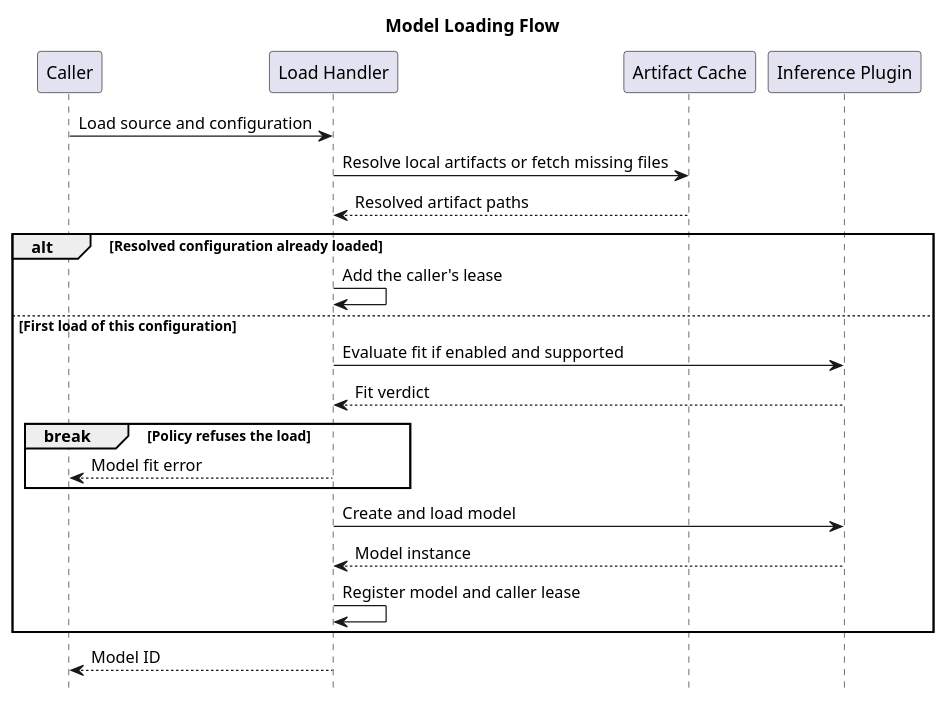
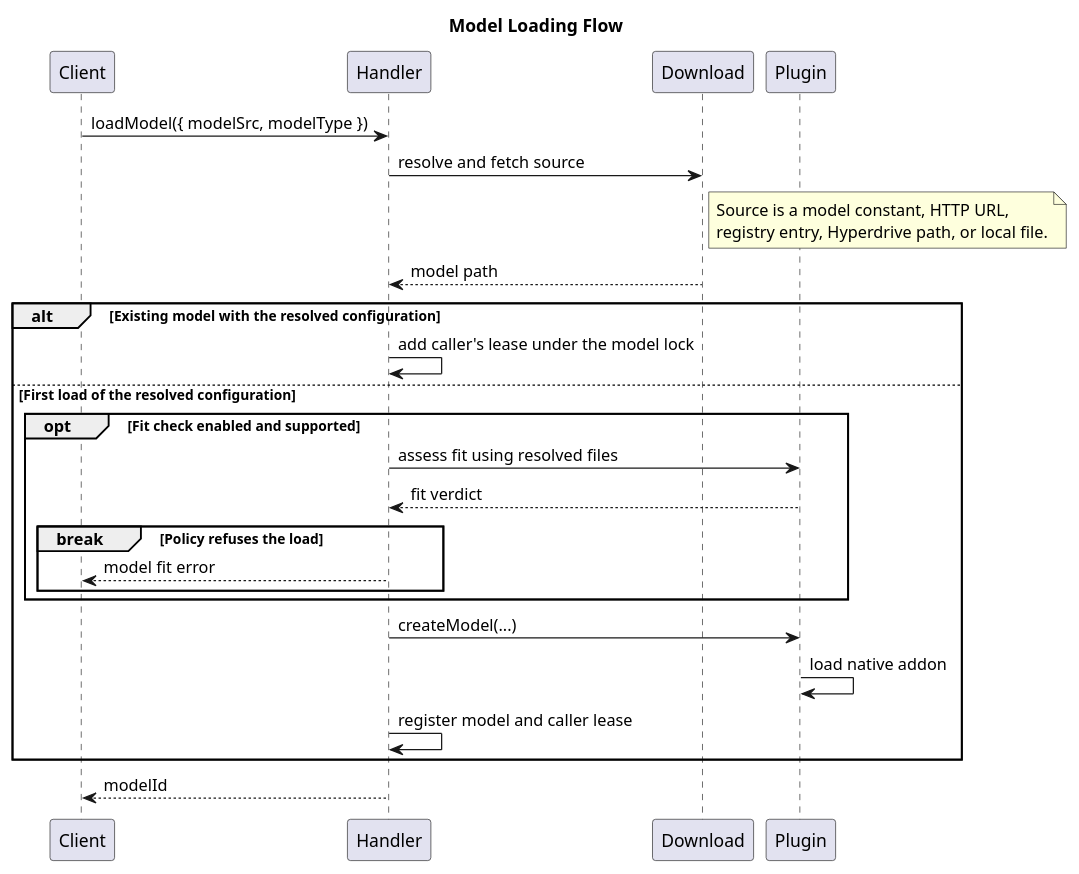
One commit to tetherto/qvac changed the diagram in docs/architecture/puml/08-model-loading-flow.puml. Above: the diagram before and after it, drawn with PlantUML. The commit also changed 16 other files, not shown here.

Commit message:
doc[notask]: limit SDK diagram updates to architecture changes

```diff
--- a/docs/architecture/puml/08-model-loading-flow.puml
+++ b/docs/architecture/puml/08-model-loading-flow.puml
@@ -1,28 +1,34 @@
 @startuml
 title Model Loading Flow
-hide footbox
 
-participant "Caller" as Caller
-participant "Load Handler" as Load
-participant "Artifact Cache" as Cache
-participant "Inference Plugin" as Plugin
+participant "Client" as Client
+participant "Handler" as Handler
+participant "Download" as Download
+participant "Plugin" as Plugin
 
-Caller -> Load : Load source and configuration
-Load -> Cache : Resolve local artifacts or fetch missing files
-Cache --> Load : Resolved artifact paths
+Client -> Handler : loadModel({ modelSrc, modelType })
+Handler -> Download : resolve and fetch source
 
-alt Resolved configuration already loaded
-    Load -> Load : Add the caller's lease
-else First load of this configuration
-    Load -> Plugin : Evaluate fit if enabled and supported
-    Plugin --> Load : Fit verdict
-    break Policy refuses the load
-        Load --> Caller : Model fit error
+note right of Download
+  Source is a model constant, HTTP URL,
+  registry entry, Hyperdrive path, or local file.
+end note
+
+Download --> Handler : model path
+alt Existing model with the resolved configuration
+    Handler -> Handler : add caller's lease under the model lock
+else First load of the resolved configuration
+    opt Fit check enabled and supported
+        Handler -> Plugin : assess fit using resolved files
+        Plugin --> Handler : fit verdict
+        break Policy refuses the load
+            Handler --> Client : model fit error
+        end
     end
-    Load -> Plugin : Create and load model
-    Plugin --> Load : Model instance
-    Load -> Load : Register model and caller lease
+    Handler -> Plugin : createModel(...)
+    Plugin -> Plugin : load native addon
+    Handler -> Handler : register model and caller lease
 end
+Handler --> Client : modelId
 
-Load --> Caller : Model ID
 @enduml
```
